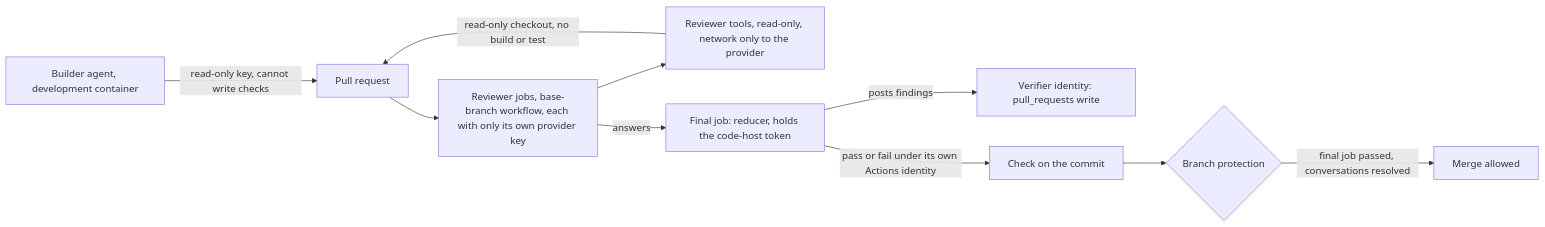
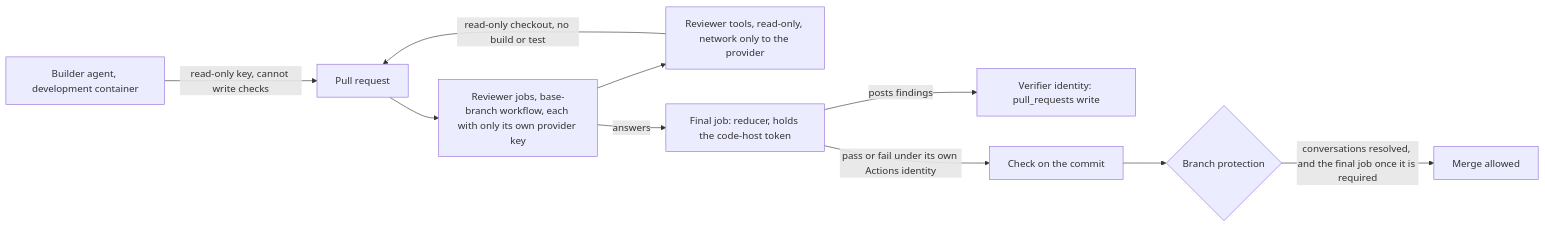
Before and after one commit to open-software-factory/software-factory: the diagram in docs/architecture/decisions/0020-who-can-post-a-review-result.md, drawn with Mermaid. The commit also changed other lines of this file and 3 other files, not shown here.

````diff
--- a/docs/architecture/decisions/0020-who-can-post-a-review-result.md
+++ b/docs/architecture/decisions/0020-who-can-post-a-review-result.md
@@ -163,12 +167,12 @@
 ```mermaid
 flowchart LR
   B[Builder agent, development container] -->|read-only key, cannot write checks| PR[Pull request]
   PR --> RJ[Reviewer jobs, base-branch workflow, each with only its own provider key]
   RJ --> RV[Reviewer tools, read-only, network only to the provider]
   RV -->|read-only checkout, no build or test| PR
   RJ -->|answers| FJ[Final job: reducer, holds the code-host token]
   FJ -->|posts findings| VC[Verifier identity: pull_requests write]
   FJ -->|pass or fail under its own Actions identity| CHK[Check on the commit]
   CHK --> GATE{Branch protection}
-  GATE -->|final job passed, conversations resolved| M[Merge allowed]
+  GATE -->|conversations resolved, and the final job once it is required| M[Merge allowed]
 ```
````
